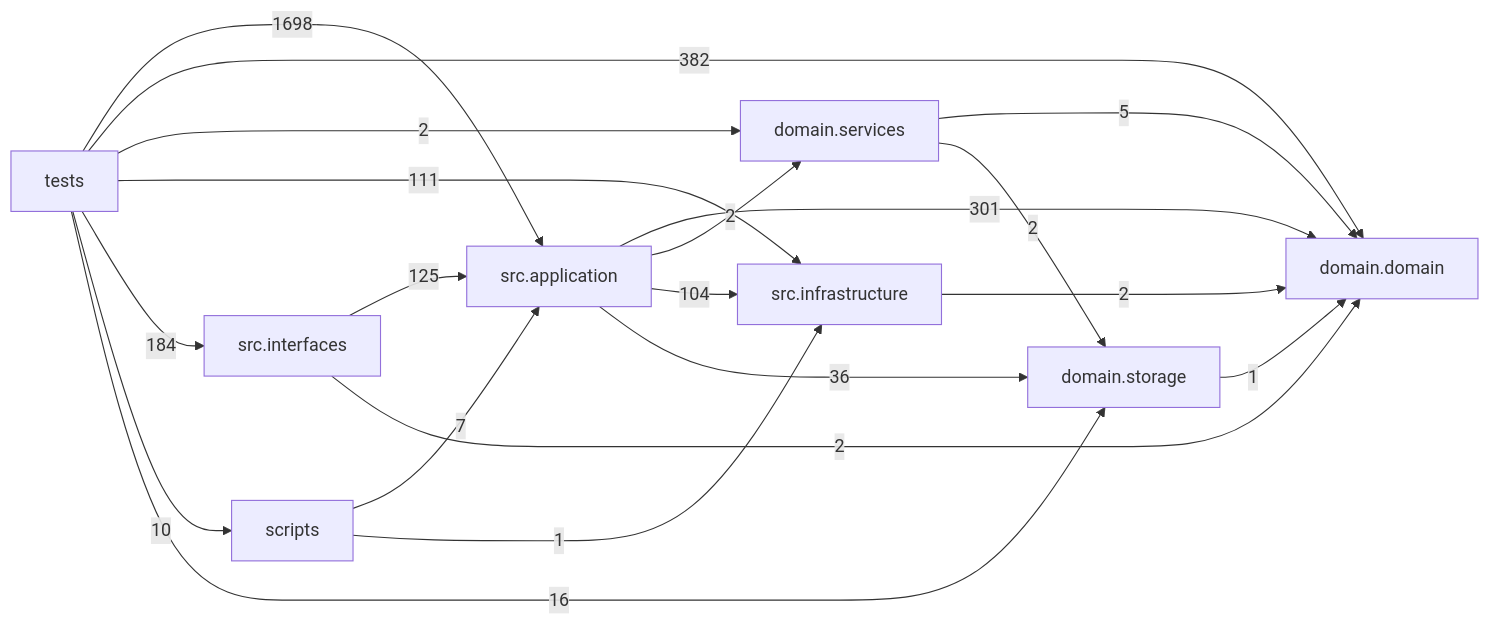
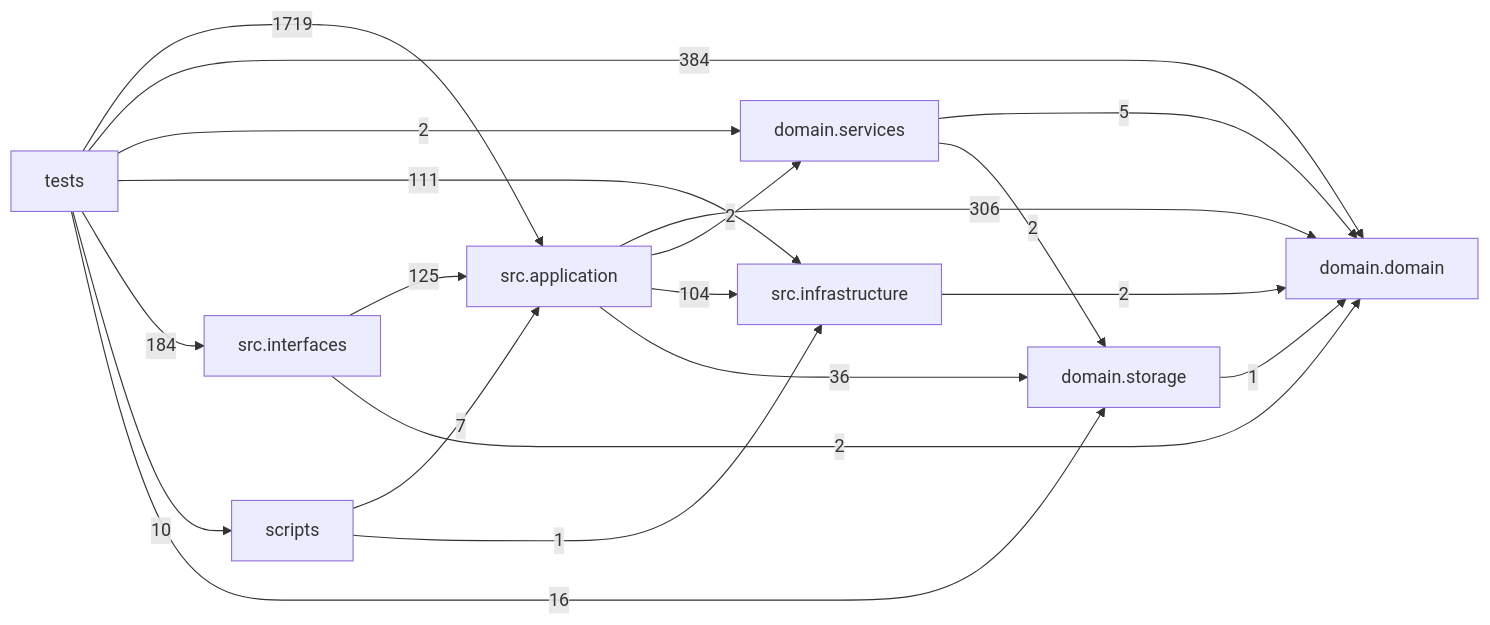
The diagram in docs/DEPENDENCY_GRAPH.md (liuxie066/options-monitor), drawn with Mermaid before and after one commit. The commit also changed other lines of this file and 11 other files, not shown here.

````diff
--- a/docs/DEPENDENCY_GRAPH.md
+++ b/docs/DEPENDENCY_GRAPH.md
@@ -24,30 +24,30 @@
 ```mermaid
 flowchart LR
   tests["tests"]
   scripts["scripts"]
   interfaces["src.interfaces"]
   application["src.application"]
   infrastructure["src.infrastructure"]
   domain_services["domain.services"]
   domain["domain.domain"]
   storage["domain.storage"]
-  application -->|301| domain
+  application -->|306| domain
   application -->|2| domain_services
   application -->|104| infrastructure
   application -->|36| storage
   domain_services -->|5| domain
   domain_services -->|2| storage
   infrastructure -->|2| domain
   interfaces -->|125| application
   interfaces -->|2| domain
   scripts -->|7| application
   scripts -->|1| infrastructure
   storage -->|1| domain
-  tests -->|1698| application
-  tests -->|382| domain
+  tests -->|1719| application
+  tests -->|384| domain
   tests -->|2| domain_services
   tests -->|111| infrastructure
   tests -->|184| interfaces
   tests -->|10| scripts
   tests -->|16| storage
 ```
````
